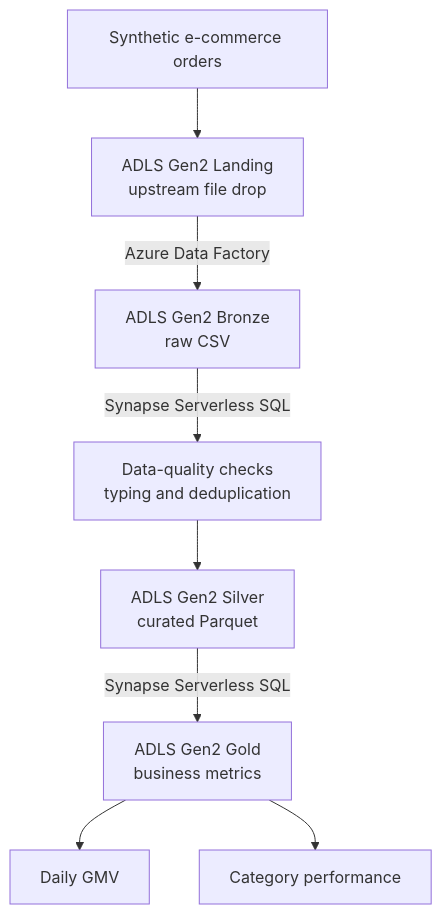
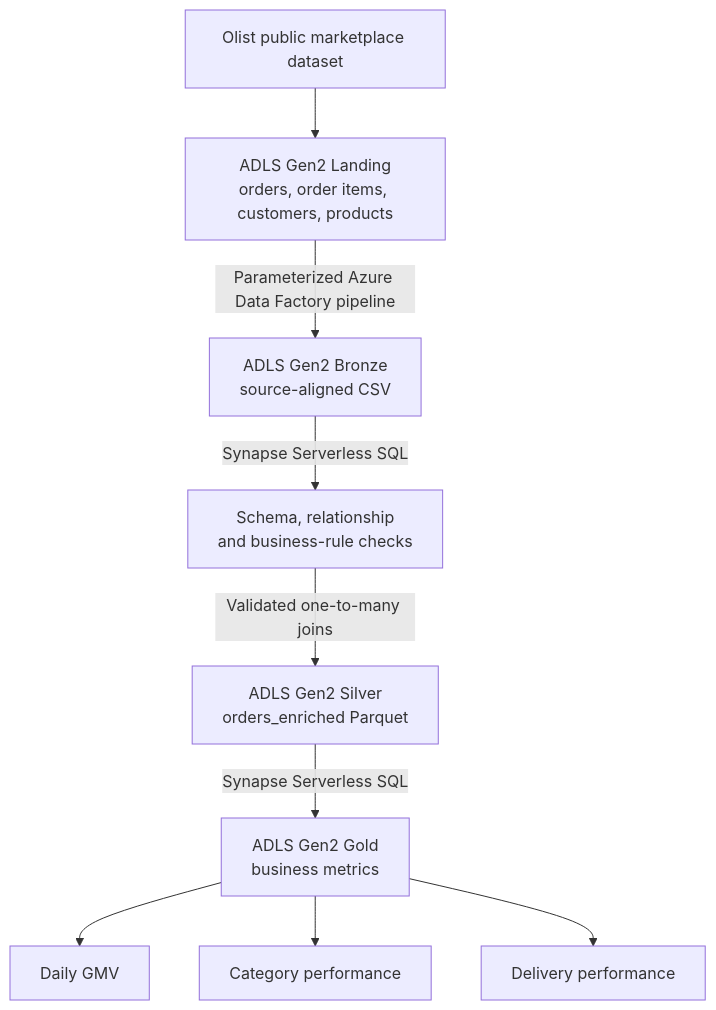
Before and after one commit to omerfeyzioglu/azure-ecommerce-analytics-pipeline: the diagram in README.md, drawn with Mermaid. The commit also changed other lines of this file and 12 other files, not shown here.

Commit message:
docs: switch pipeline to real Olist ecommerce dataset

````diff
--- a/README.md
+++ b/README.md
@@ -11,10 +11,11 @@
 ```mermaid
 flowchart TD
-    source[Synthetic e-commerce orders] --> landing[ADLS Gen2 Landing<br/>upstream file drop]
-    landing -->|Azure Data Factory| bronze[ADLS Gen2 Bronze<br/>raw CSV]
-    bronze -->|Synapse Serverless SQL| quality[Data-quality checks<br/>typing and deduplication]
-    quality --> silver[ADLS Gen2 Silver<br/>curated Parquet]
+    source[Olist public marketplace dataset] --> landing[ADLS Gen2 Landing<br/>orders, order items, customers, products]
+    landing -->|Parameterized Azure Data Factory pipeline| bronze[ADLS Gen2 Bronze<br/>source-aligned CSV]
+    bronze -->|Synapse Serverless SQL| quality[Schema, relationship<br/>and business-rule checks]
+    quality -->|Validated one-to-many joins| silver[ADLS Gen2 Silver<br/>orders_enriched Parquet]
     silver -->|Synapse Serverless SQL| gold[ADLS Gen2 Gold<br/>business metrics]
     gold --> daily[Daily GMV]
     gold --> category[Category performance]
+    gold --> delivery[Delivery performance]
 ```
````
